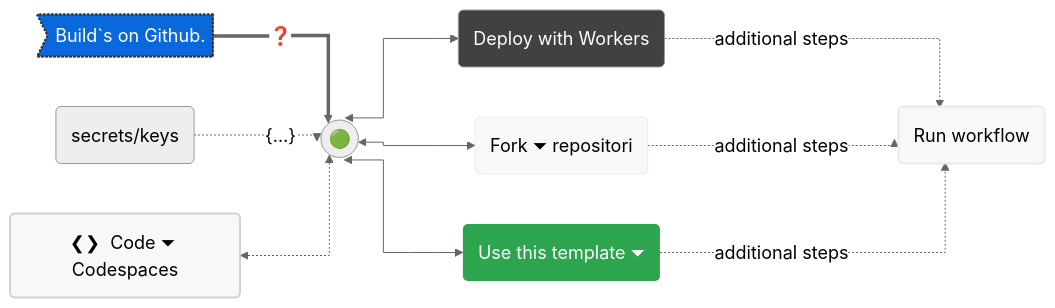
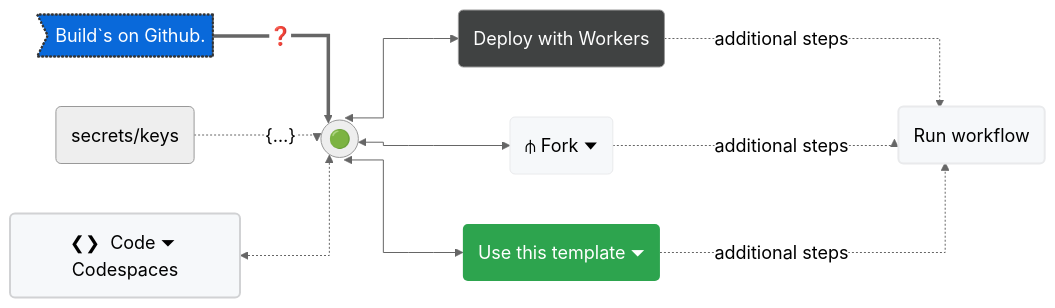
The diagram in README.md (milankomaj/dev-badge), drawn with Mermaid before and after one commit.

Commit message:
Update README.md
#10971;

````diff
--- a/README.md
+++ b/README.md
@@ -12,29 +12,29 @@
 ```mermaid
 %%{init: {'theme': 'neutral', 'themeVariables': { 'fontSize': '18px'}}}%%
 %%{ init: { 'flowchart': { 'curve': 'stepAfter' } } }%%
 flowchart LR
 
 A>Build`s on Github.] ==> |"#10067;"| B
 X("secrets/keys") .->|"{#133;}"|B(("🟢"))
 G("#10094;#10095;  Code #9207; Codespaces") <.-> B(("🟢"))
 B(("🟢")) <---> C("Deploy with Workers")
-B(("🟢")) <---> D("Fork #9207; repositori")
+B(("🟢")) <---> D("#10971; Fork #9207; ")
 B(("🟢")) <---> E("Use this template #9207;")
 C & D & E -..-> |"additional steps"| F("Run workflow") 
 
 
 style F fill:#f6f8fa,stroke:#333,stroke-width:2px
 style C fill:#404242,color:#fefefe
 style D fill:#f6f8fa,stroke:#e9eaec
 style E fill:#2da44e,stroke-width:0px,color:#ffffff
 style F fill:#f6f8fa,stroke:#e9eaec
 style G fill:#f6f8fa,stroke:#d1d2d4,stroke-width:2px
 style A fill:#0969da,stroke:#333,stroke-width:2px,color:#fff,stroke-dasharray: 2 2
 
 click A "https://github.com/milankomaj/dev-badge"
 click D "https://github.com/milankomaj/dev-badge/fork"
 click E "https://github.com/milankomaj/dev-badge/generate"
 click G "https://github.com/codespaces"
 
 
 ```
````
